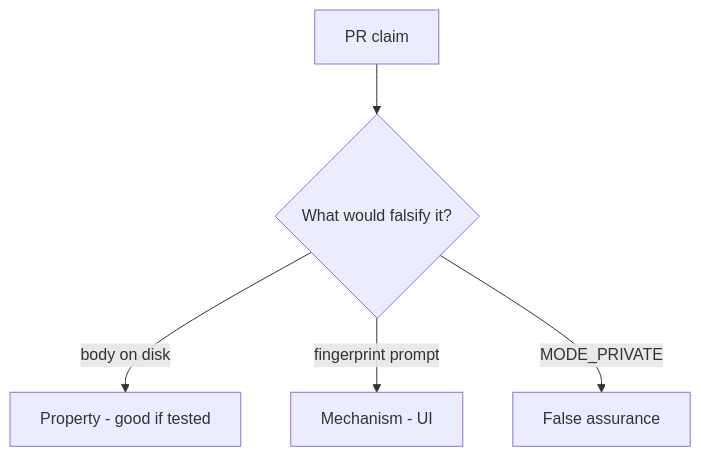
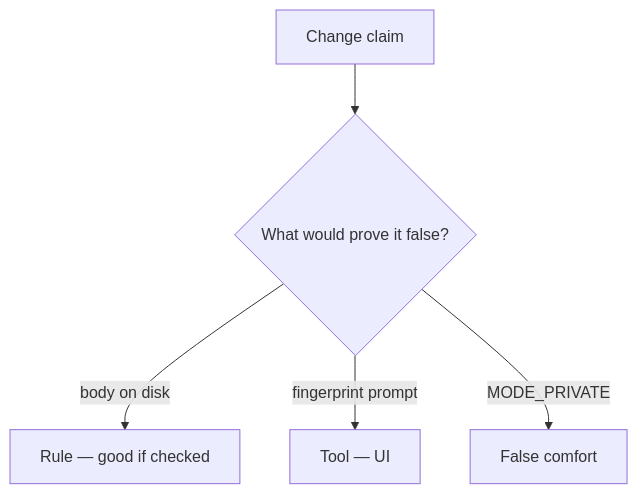
Before and after one commit to ishitvagoel/LearnSecurity: the diagram in content/modules/8/8.2/lessons/08-review.md, drawn with Mermaid. The commit also changed other lines of this file and 39 other files, not shown here.

````diff
--- a/content/modules/8/8.2/lessons/08-review.md
+++ b/content/modules/8/8.2/lessons/08-review.md
@@ -17,7 +18,7 @@
 ```mermaid
 flowchart TD
-  Claim[PR claim] --> Q{"What would falsify it?"}
-  Q -->|body on disk| Property["Property - good if tested"]
-  Q -->|fingerprint prompt| Mechanism[Mechanism - UI]
-  Q -->|MODE_PRIVATE| False[False assurance]
+  Claim[Change claim] --> Q{"What would prove it false?"}
+  Q -->|body on disk| Property["Rule — good if checked"]
+  Q -->|fingerprint prompt| Mechanism[Tool — UI]
+  Q -->|MODE_PRIVATE| False[False comfort]
 ```
````
